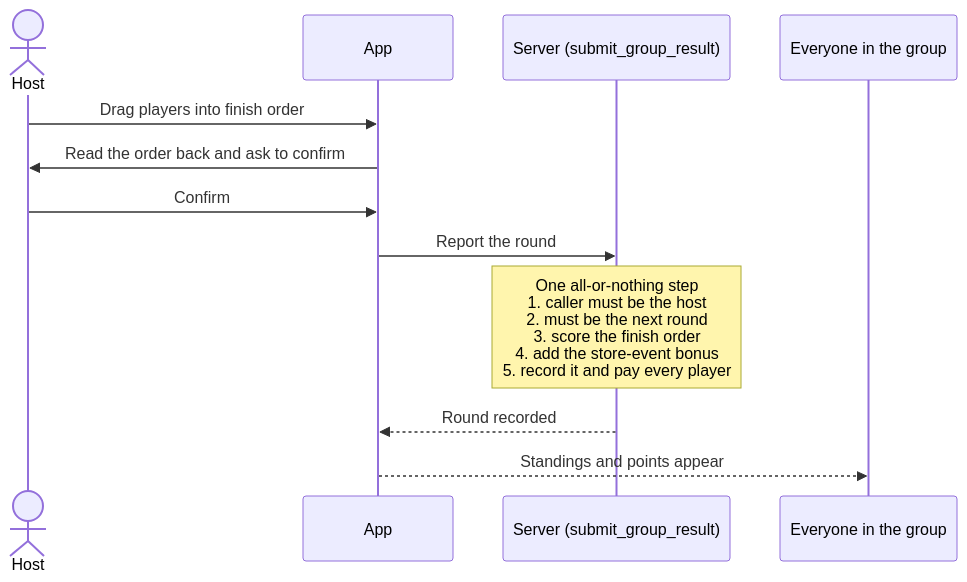
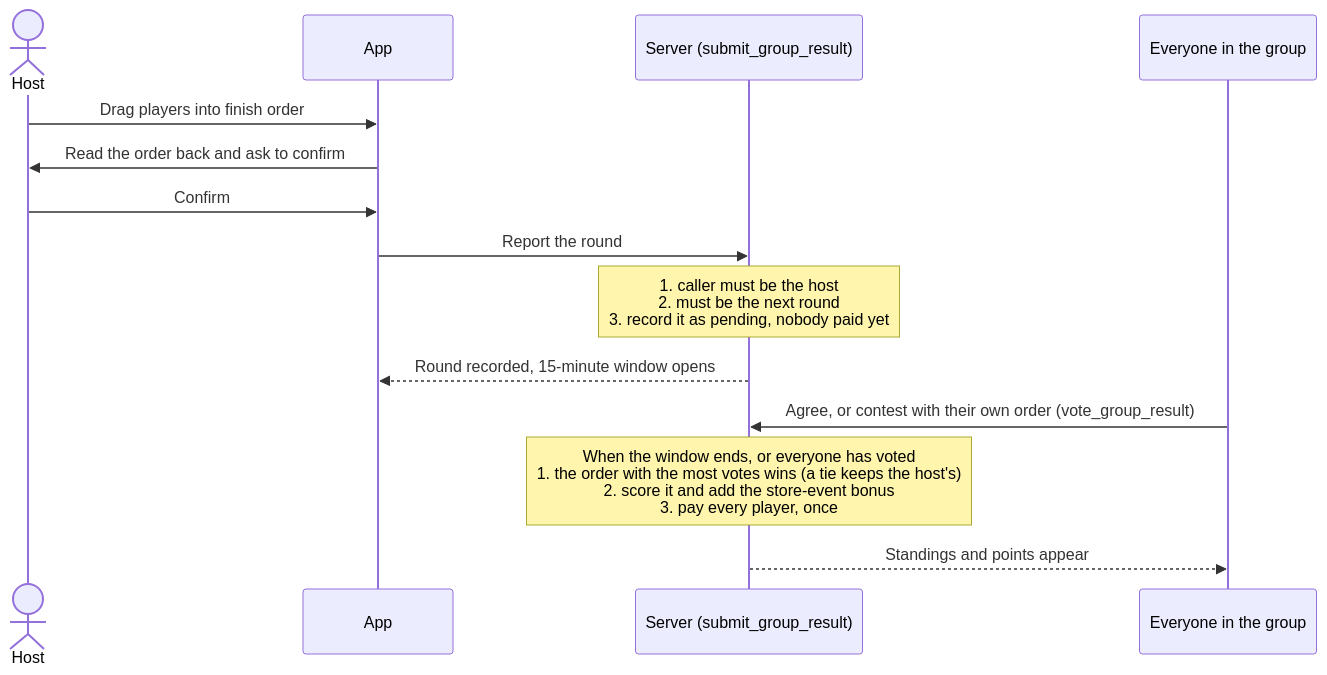
The fourth of 5 diagrams in README.md (DigitalSRC/PlayLink), drawn with Mermaid before and after one commit. The commit also changed other lines of this file and 7 other files, not shown here.

First line of the commit message:
Show the contest window on the group page

````diff
--- a/README.md
+++ b/README.md
@@ -138,14 +141,16 @@
 ```mermaid
 sequenceDiagram
     actor Host
     participant App
     participant Server as Server (submit_group_result)
     participant Players as Everyone in the group
     Host->>App: Drag players into finish order
     App->>Host: Read the order back and ask to confirm
     Host->>App: Confirm
     App->>Server: Report the round
-    Note over Server: One all-or-nothing step<br/>1. caller must be the host<br/>2. must be the next round<br/>3. score the finish order<br/>4. add the store-event bonus<br/>5. record it and pay every player
-    Server-->>App: Round recorded
-    App-->>Players: Standings and points appear
+    Note over Server: 1. caller must be the host<br/>2. must be the next round<br/>3. record it as pending, nobody paid yet
+    Server-->>App: Round recorded, 15-minute window opens
+    Players->>Server: Agree, or contest with their own order (vote_group_result)
+    Note over Server: When the window ends, or everyone has voted<br/>1. the order with the most votes wins (a tie keeps the host's)<br/>2. score it and add the store-event bonus<br/>3. pay every player, once
+    Server-->>Players: Standings and points appear
 ```
````
